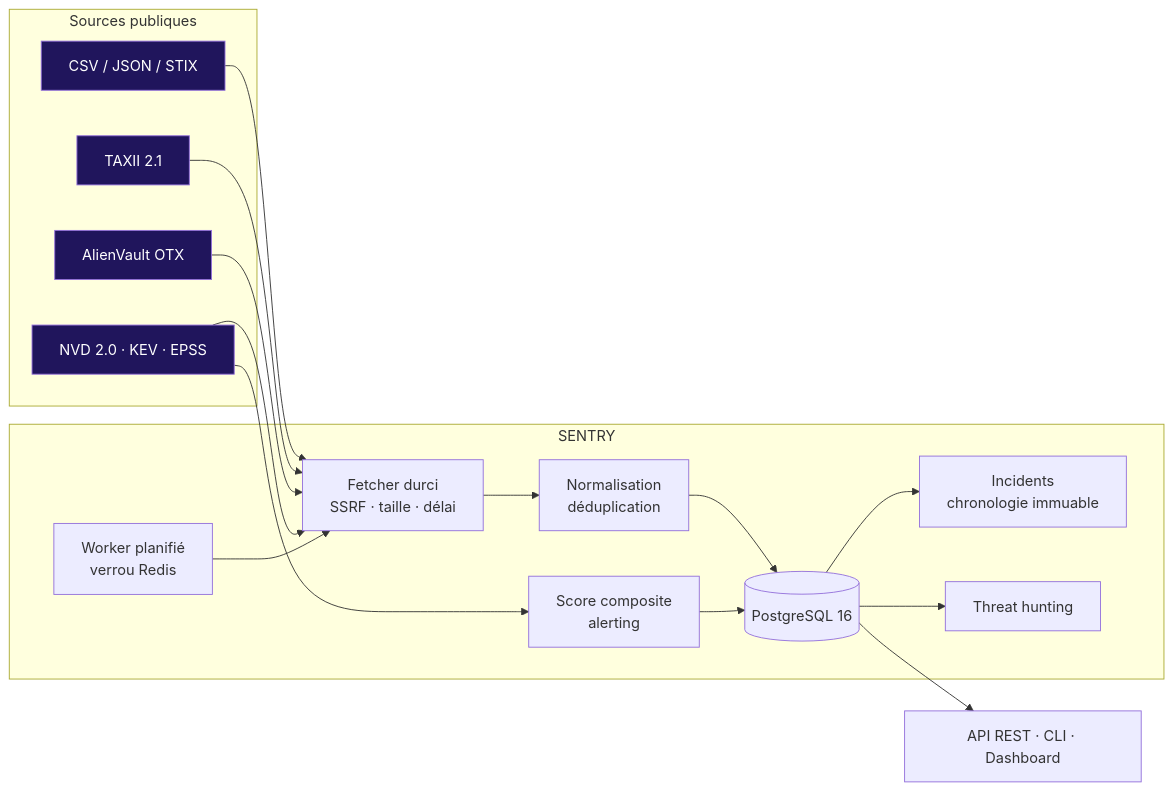
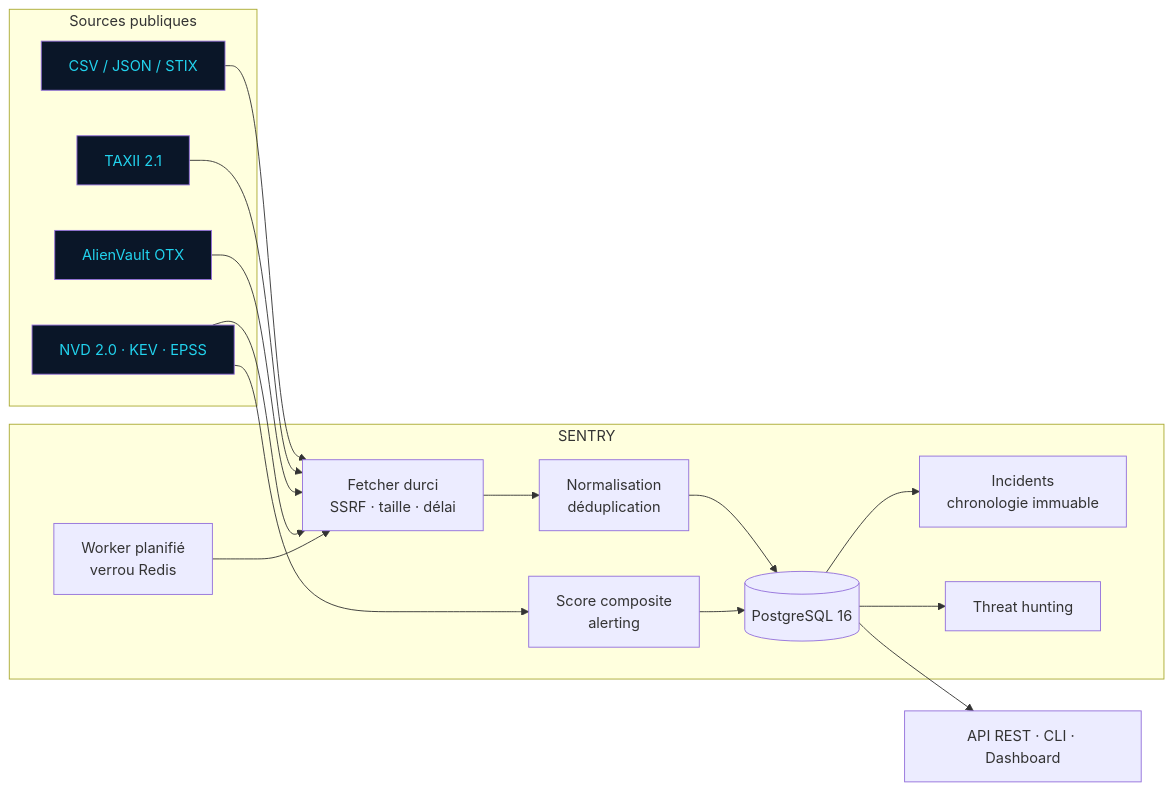
One commit to GodwillFoka/cyberillsec-illwatch changed the diagram in README.md. Above: the diagram before and after it, drawn with Mermaid. The commit also changed other lines of this file and 6 other files, not shown here.

````diff
--- a/README.md
+++ b/README.md
@@ -105,24 +129,24 @@
 ```mermaid
 flowchart LR
     subgraph Sources publiques
         A[CSV / JSON / STIX]:::src
         B[TAXII 2.1]:::src
         C[AlienVault OTX]:::src
         D[NVD 2.0 · KEV · EPSS]:::src
     end
     subgraph SENTRY
         W[Worker planifié<br/>verrou Redis]
         F[Fetcher durci<br/>SSRF · taille · délai]
         N[Normalisation<br/>déduplication]
         S[Score composite<br/>alerting]
         I[Incidents<br/>chronologie immuable]
         H[Threat hunting]
         DB[(PostgreSQL 16)]
     end
     A & B & C & D --> F
     W --> F --> N --> DB
     D --> S --> DB
     DB --> I & H
     DB --> API[API REST · CLI · Dashboard]
-    classDef src fill:#20155C,color:#fff
+    classDef src fill:#0A1628,color:#22D3EE
 ```
````
